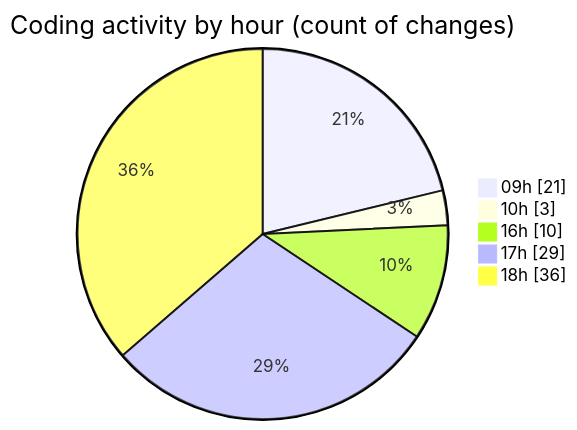
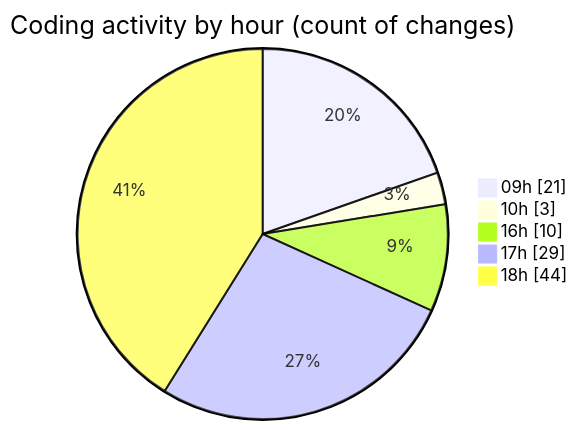
Before and after one commit to momahboobian/code-tracking: the second of 2 diagrams in 2025-12-17/cda/README.md, drawn with Mermaid. The commit also changed other lines of this file and 1 other file, not shown here.

````diff
--- a/2025-12-17/cda/README.md
+++ b/2025-12-17/cda/README.md
@@ -57,9 +61,9 @@
 ```mermaid
 pie showData
 title Coding activity by hour (count of changes)
 "09h" : 21
 "10h" : 3
 "16h" : 10
 "17h" : 29
-"18h" : 36
+"18h" : 44
 ```
````
